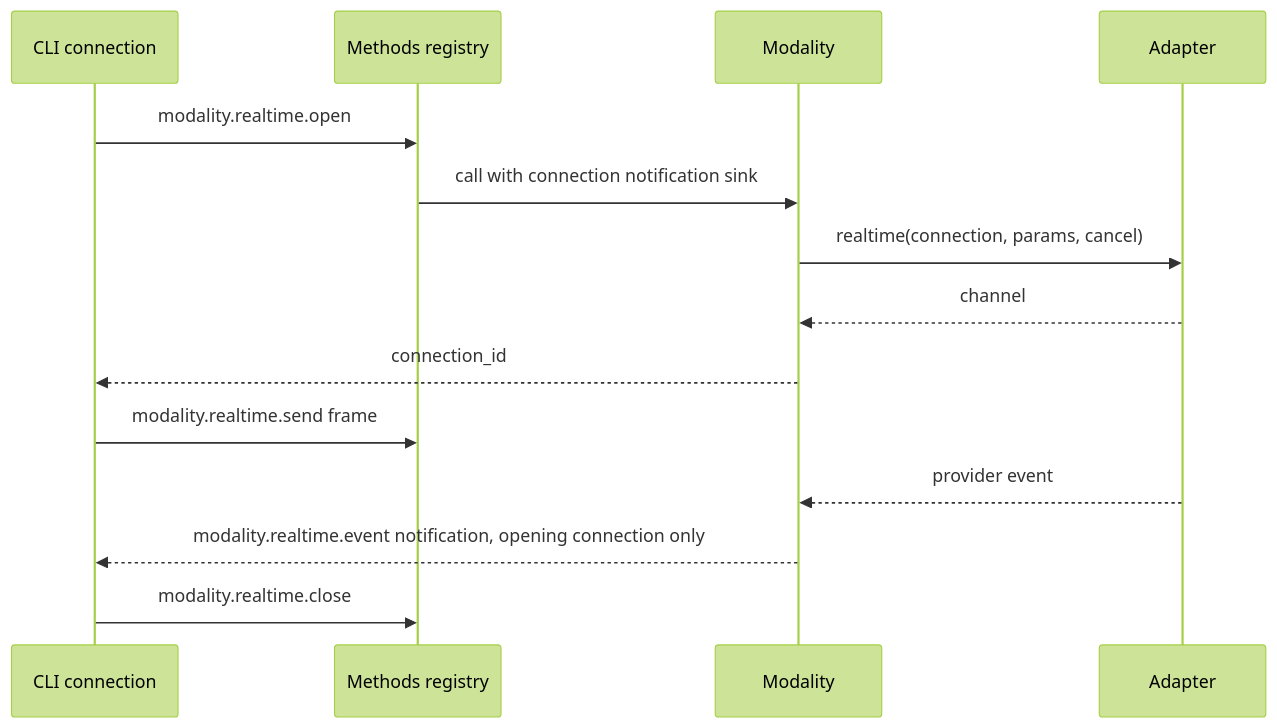
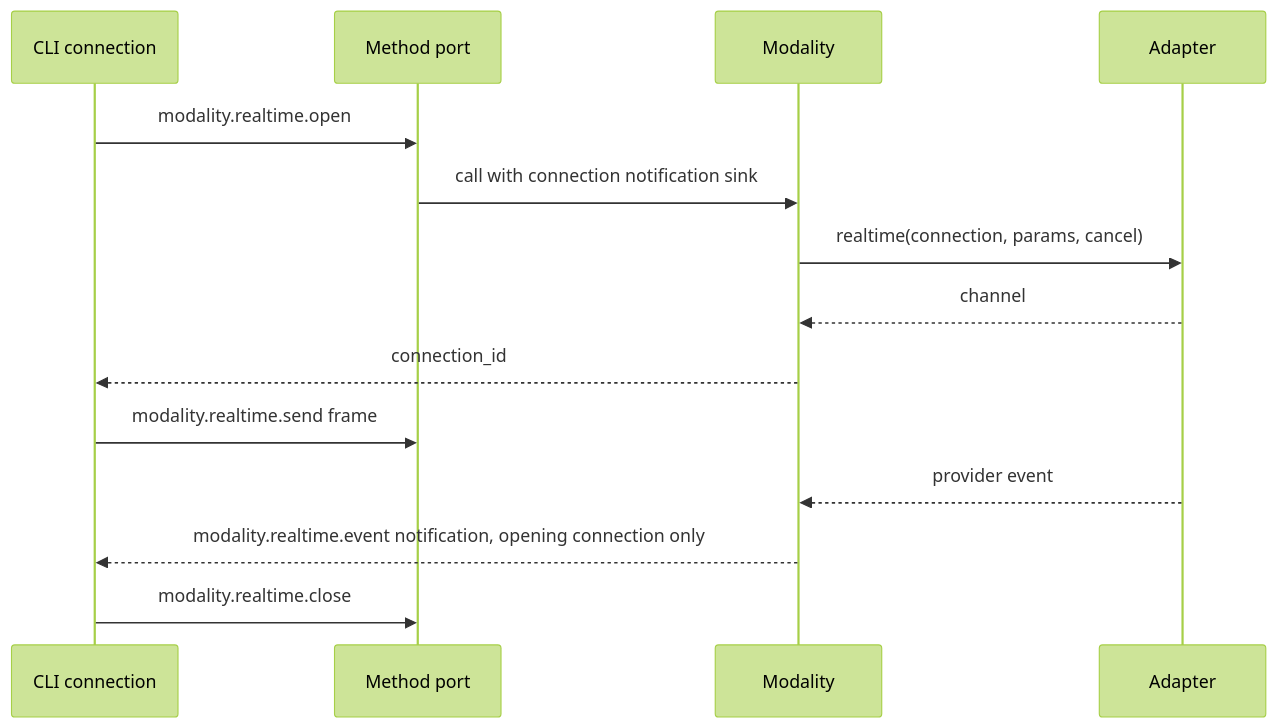
Before and after one commit to CoutinhoTTS/dim-agent: the fifth of 6 diagrams in docs/design/plugins/Modality.md, drawn with Mermaid (forest theme). The commit also changed other lines of this file and 3 other files, not shown here.

````diff
--- a/docs/design/plugins/Modality.md
+++ b/docs/design/plugins/Modality.md
@@ -132,16 +137,16 @@
 ```mermaid
 sequenceDiagram
   participant C as CLI connection
-  participant M as Methods registry
+  participant M as Method port
   participant D as Modality
   participant A as Adapter
   C->>M: modality.realtime.open
   M->>D: call with connection notification sink
   D->>A: realtime(connection, params, cancel)
   A-->>D: channel
   D-->>C: connection_id
   C->>M: modality.realtime.send frame
   A-->>D: provider event
   D-->>C: modality.realtime.event notification, opening connection only
   C->>M: modality.realtime.close
 ```
````
